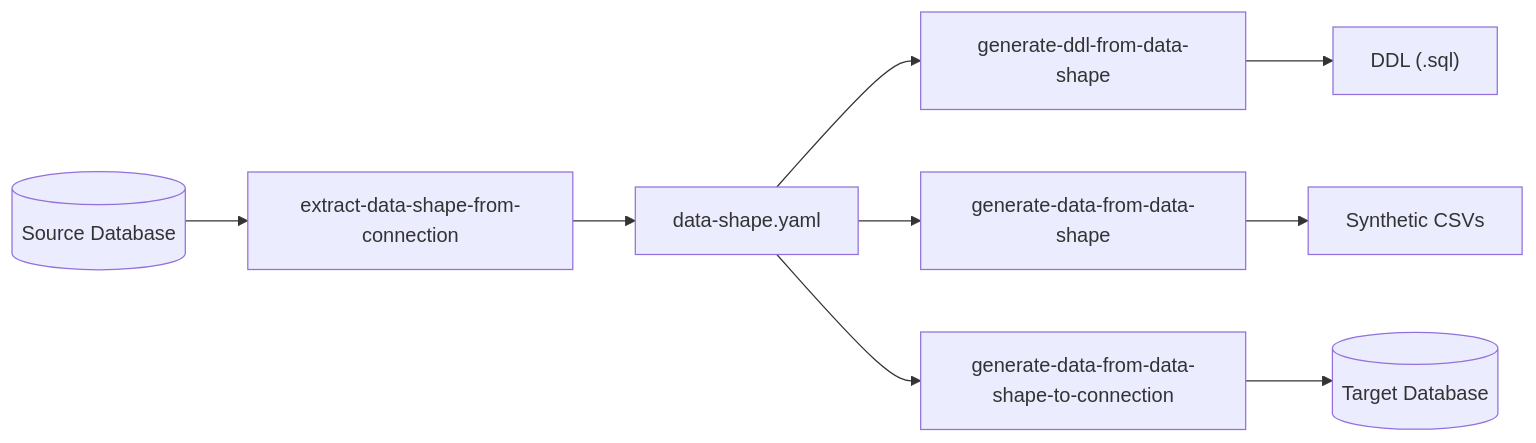
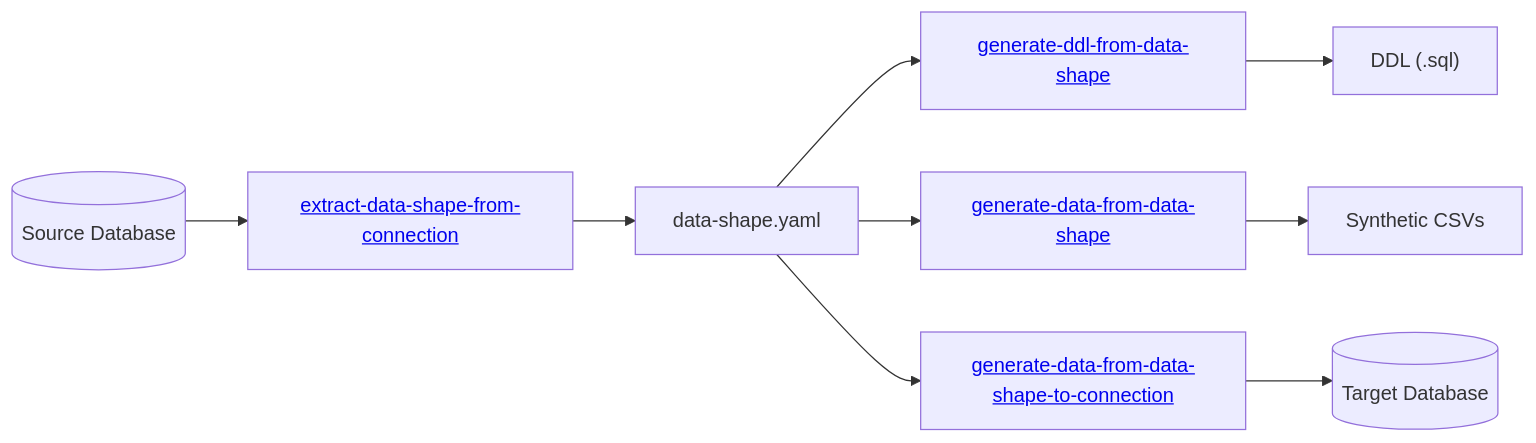
The third of 7 diagrams in docs/ACTIONS.md (AtScaleInc/ps-utils), drawn with Mermaid before and after one commit. The commit also changed other lines of this file and 34 other files, not shown here.

````diff
--- a/docs/ACTIONS.md
+++ b/docs/ACTIONS.md
@@ -48,11 +39,8 @@
 ```mermaid
+%%{init: {"flowchart": {"htmlLabels": true}} }%%
 flowchart LR
-    DB[("Source Database")] --> A["extract-data-shape-from-connection"] --> SHAPE["data-shape.yaml"]
-    SHAPE --> B["generate-ddl-from-data-shape"] --> DDL["DDL (.sql)"]
-    SHAPE --> C["generate-data-from-data-shape"] --> CSV["Synthetic CSVs"]
-    SHAPE --> D["generate-data-from-data-shape-to-connection"] --> TARGET[("Target Database")]
-    click A href "#extract-data-shape-from-connection"
-    click B href "#generate-ddl-from-data-shape"
-    click C href "#generate-data-from-data-shape"
-    click D href "#generate-data-from-data-shape-to-connection"
+    DB[("Source Database")] --> A["<a href='#extract-data-shape-from-connection'>extract-data-shape-from-connection</a>"] --> SHAPE["data-shape.yaml"]
+    SHAPE --> B["<a href='#generate-ddl-from-data-shape'>generate-ddl-from-data-shape</a>"] --> DDL["DDL (.sql)"]
+    SHAPE --> C["<a href='#generate-data-from-data-shape'>generate-data-from-data-shape</a>"] --> CSV["Synthetic CSVs"]
+    SHAPE --> D["<a href='#generate-data-from-data-shape-to-connection'>generate-data-from-data-shape-to-connection</a>"] --> TARGET[("Target Database")]
 ```
````
